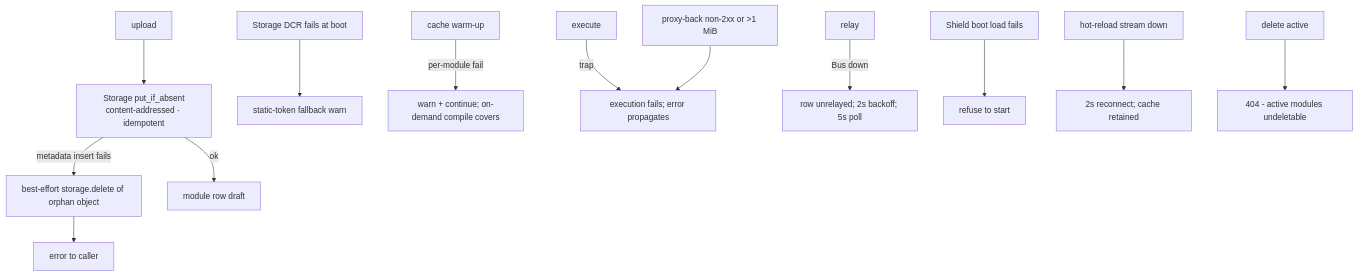
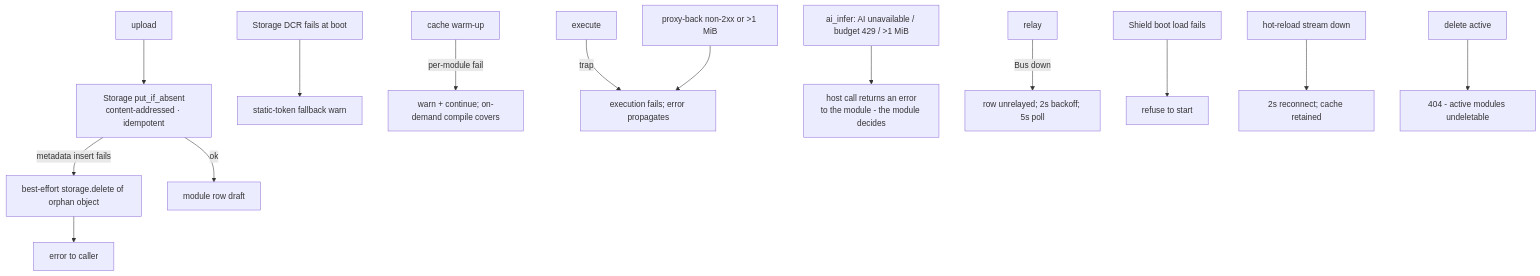
One commit to Sentin8/sentin8-func changed the eighth of 10 diagrams in DESIGN.md. Above: the diagram before and after it, drawn with Mermaid. The commit also changed other lines of this file and 7 other files, not shown here.

First line of the commit message:
edge functions can call a model: ai_infer host function + per-import targets

````diff
--- a/DESIGN.md
+++ b/DESIGN.md
@@ -234,14 +341,15 @@
 ```mermaid
 flowchart TD
     U[upload] --> SP[Storage put_if_absent<br/>content-addressed · idempotent]
     SP -->|metadata insert fails| ORPH[best-effort storage.delete of orphan object] --> E[error to caller]
     SP -->|ok| ROW[module row draft]
     BOOT[Storage DCR fails at boot] --> STF[static-token fallback warn]
     CW[cache warm-up] -->|per-module fail| CONT[warn + continue; on-demand compile covers]
     EX[execute] -->|trap| T500[500 fuel/timeout/trap error]
     PBX[proxy-back non-2xx or >1 MiB] --> T500[execution fails; error propagates]
+    AIX["ai_infer: AI unavailable / budget 429 / >1 MiB"] --> AH["host call returns an error\nto the module - the module decides"]
     REL[relay] -->|Bus down| RT2[row unrelayed; 2s backoff; 5s poll]
     POL[Shield boot load fails] --> NS[refuse to start]
     SSE[hot-reload stream down] --> RC[2s reconnect; cache retained]
     DEL[delete active] --> R404[404 - active modules undeletable]
 ```
````
